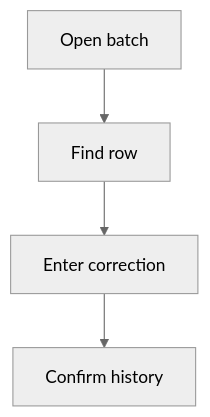
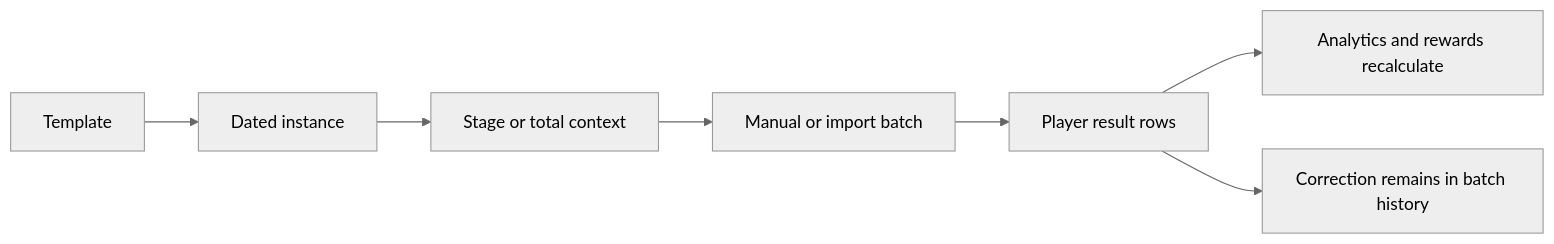
Before and after one commit to cristianrusu777/Kingshot-Events-Tracker-DOCS: the first of 2 diagrams in docs/kingshot-events/events/record-batches-and-corrections.md, drawn with Mermaid (neutral theme). The commit also changed other lines of this file and 58 other files, not shown here.

````diff
--- a/docs/kingshot-events/events/record-batches-and-corrections.md
+++ b/docs/kingshot-events/events/record-batches-and-corrections.md
@@ -54,10 +15,9 @@
 ```mermaid
-flowchart TD
-  S0["Open batch"]
-  S1["Find row"]
-  S2["Enter correction"]
-  S3["Confirm history"]
-  S0 --> S1
-  S1 --> S2
-  S2 --> S3
+flowchart LR
+  A["Template"] --> B["Dated instance"]
+  B --> C["Stage or total context"]
+  C --> D["Manual or import batch"]
+  D --> E["Player result rows"]
+  E --> F["Analytics and rewards recalculate"]
+  E --> G["Correction remains in batch history"]
 ```
````
